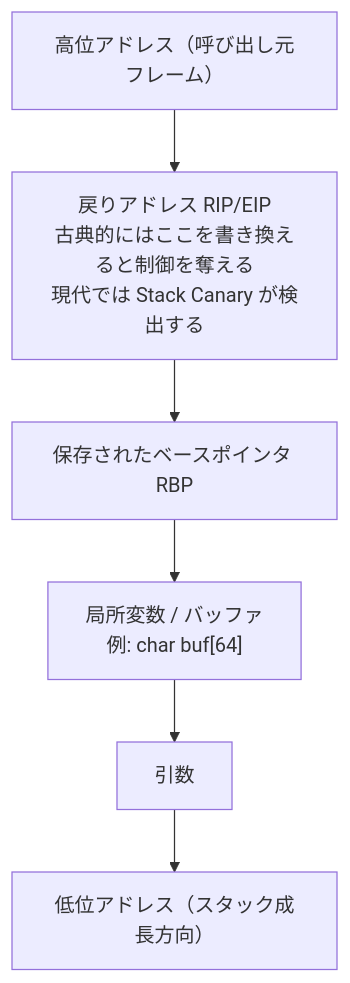
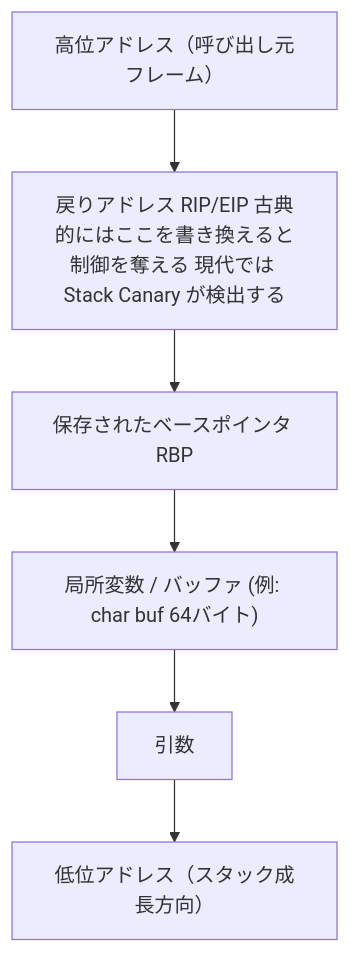
Before and after one commit to Omni-lab26/recon0x-content: the second of 2 diagrams in articles/memory-model/index.md, drawn with Mermaid. The commit also changed other lines of this file, not shown here.

````diff
--- a/articles/memory-model/index.md
+++ b/articles/memory-model/index.md
@@ -161,14 +152,11 @@
 ```mermaid
 flowchart TD
     TOP["高位アドレス（呼び出し元フレーム）"]
-    RET["戻りアドレス RIP/EIP
-古典的にはここを書き換えると制御を奪える
-現代では Stack Canary が検出する"]
+    RET["戻りアドレス RIP/EIP 古典的にはここを書き換えると制御を奪える 現代では Stack Canary が検出する"]
     SBP["保存されたベースポインタ RBP"]
-    BUF["局所変数 / バッファ
-例: char buf[64]"]
+    BUF["局所変数 / バッファ (例: char buf 64バイト)"]
     ARGS["引数"]
     BOTTOM["低位アドレス（スタック成長方向）"]
 
     TOP --> RET --> SBP --> BUF --> ARGS --> BOTTOM
 ```
````
